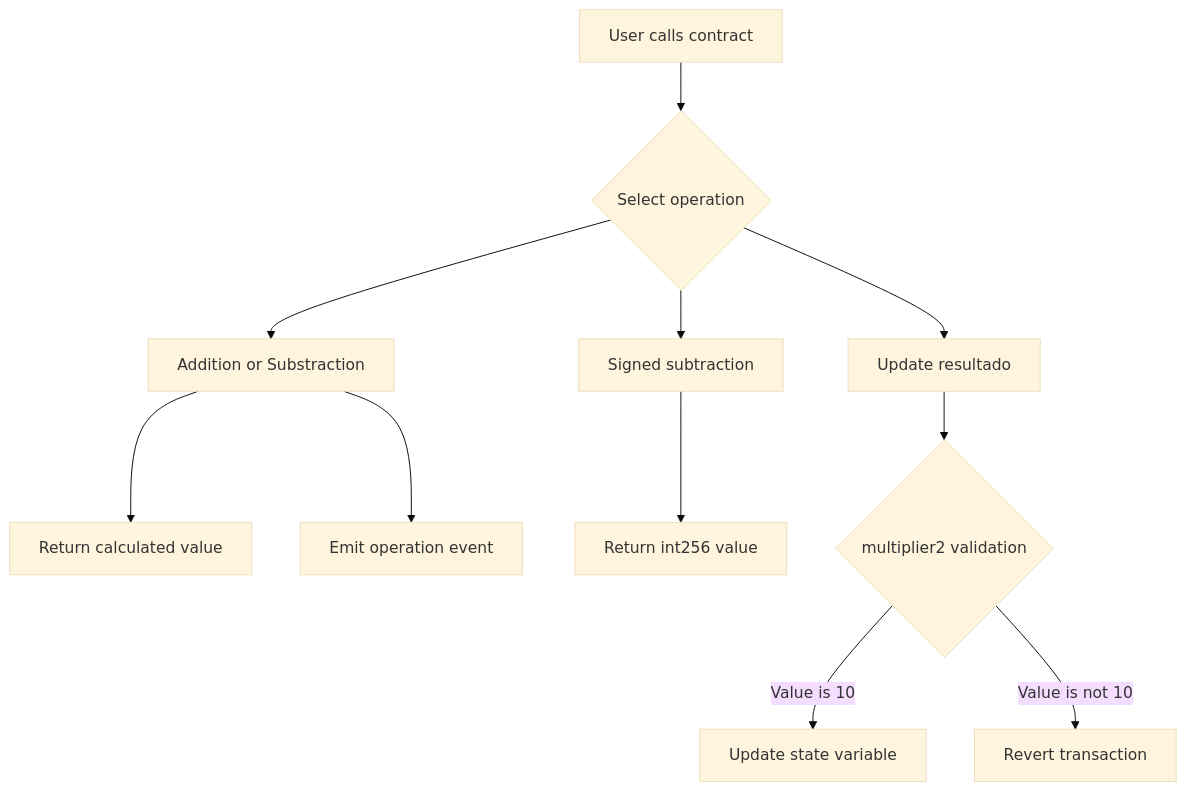
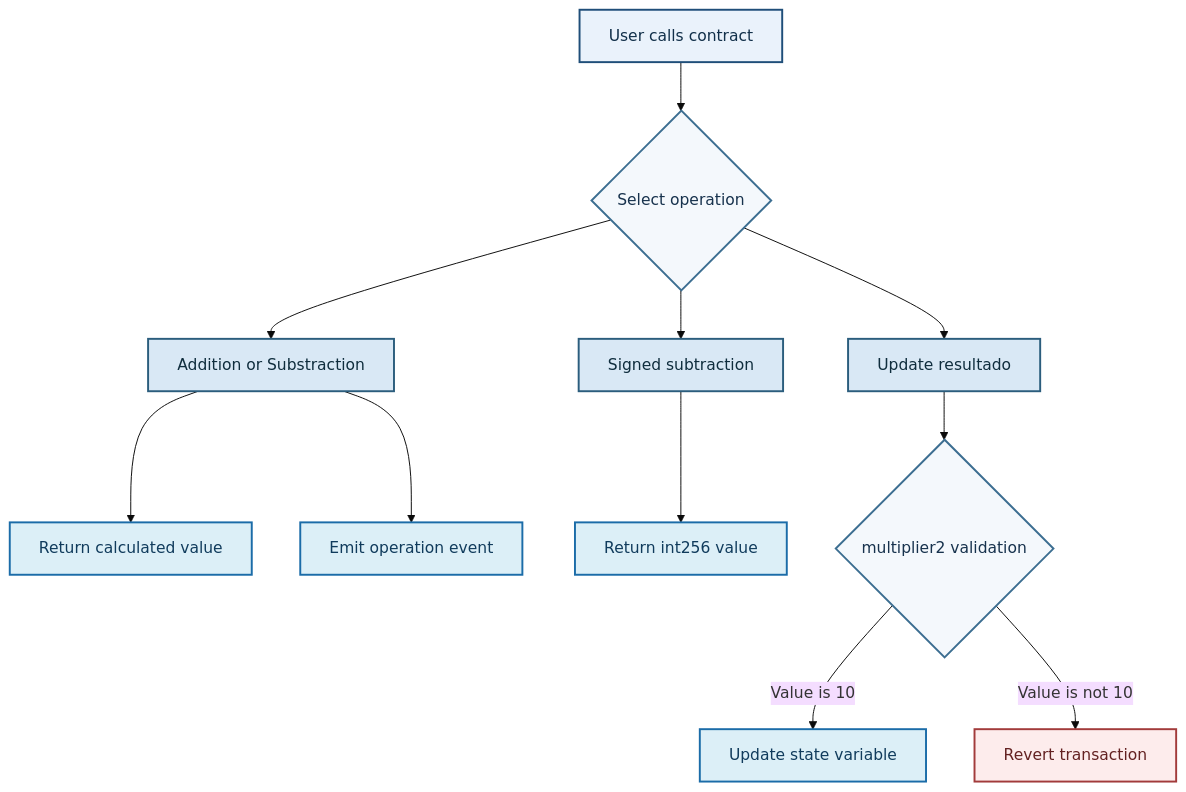
The diagram in README.md (Vir0822/Calculator-Solidity), drawn with Mermaid (base theme) before and after one commit.

Commit message:
Style conceptual map with professional blue palette
Applied a professional blue color palette to the conceptual map while preserving the existing README content.

````diff
--- a/README.md
+++ b/README.md
@@ -13,13 +13,25 @@
 ```mermaid
 flowchart TD
     A[User calls contract] --> B{Select operation}
     B --> C[Addition or Substraction]
     B --> D[Signed subtraction]
     B --> E[Update resultado]
     C --> F[Return calculated value]
     C --> G[Emit operation event]
     D --> H[Return int256 value]
     E --> I{multiplier2 validation}
     I -->|Value is 10| J[Update state variable]
     I -->|Value is not 10| K[Revert transaction]
+
+    classDef input fill:#EAF2FB,stroke:#1F4E79,stroke-width:2px,color:#12304A
+    classDef process fill:#D9E8F5,stroke:#2B5D7D,stroke-width:2px,color:#0F2D3D
+    classDef decision fill:#F4F8FC,stroke:#3C6E91,stroke-width:2px,color:#17324D
+    classDef success fill:#DCEFF7,stroke:#1B6CA8,stroke-width:2px,color:#103B5C
+    classDef error fill:#FDECEC,stroke:#A23B3B,stroke-width:2px,color:#632121
+
+    class A input
+    class B,I decision
+    class C,D,E process
+    class F,G,H,J success
+    class K error
 ```
````
